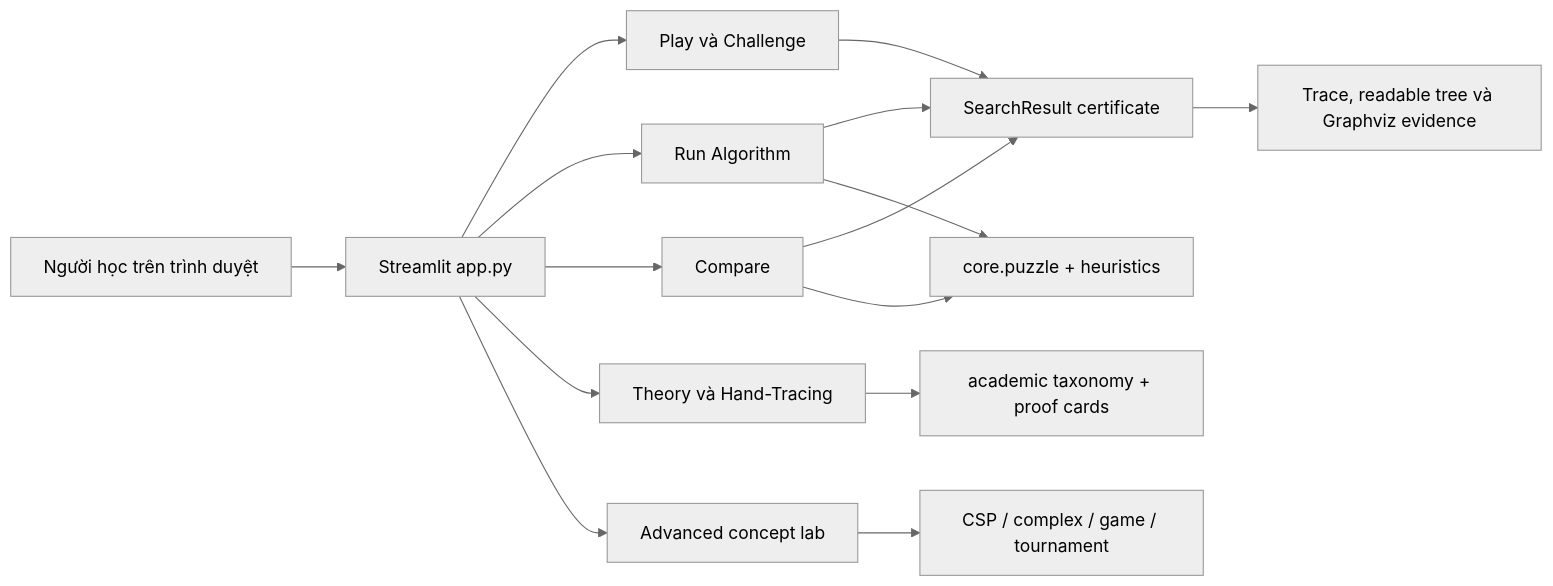
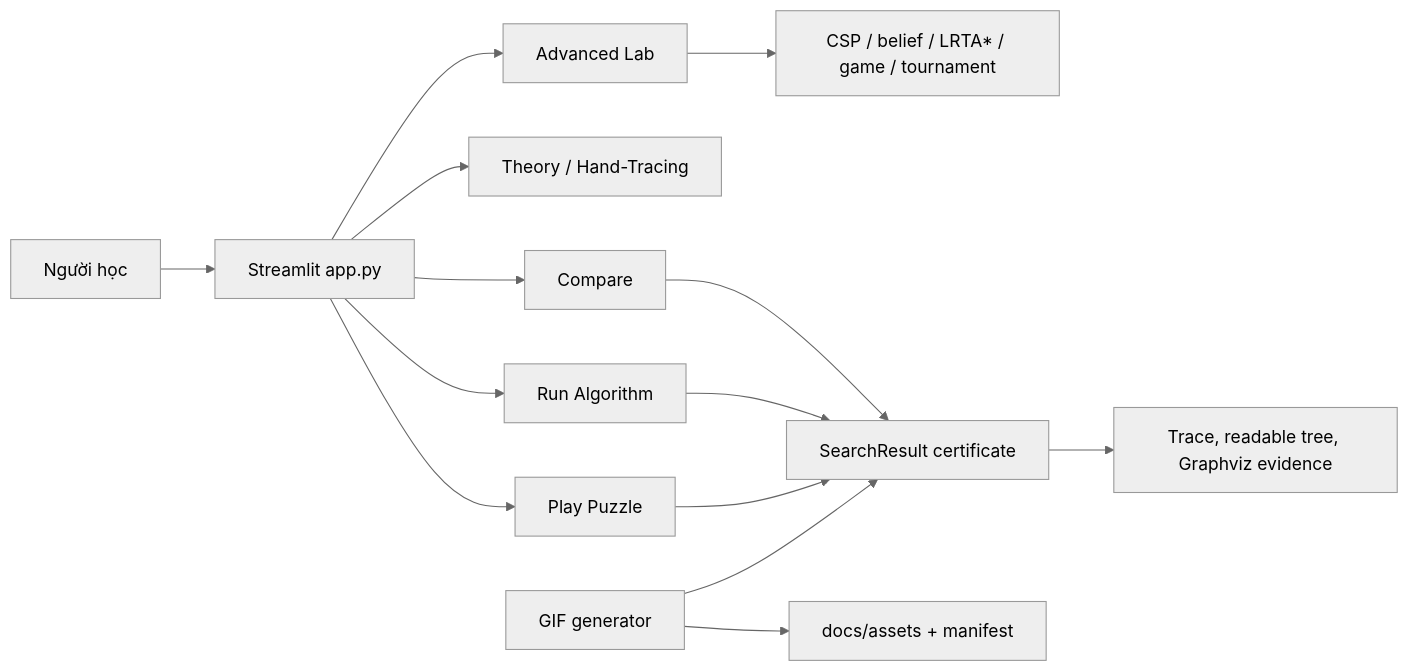
One commit to JasonTM17/AI_Algothrithm_Study_University changed the diagram in docs/system-architecture.md. Above: the diagram before and after it, drawn with Mermaid (neutral theme). The commit also changed other lines of this file and 55 other files, not shown here.

````diff
--- a/docs/system-architecture.md
+++ b/docs/system-architecture.md
@@ -3,17 +3,16 @@
 ```mermaid
 flowchart LR
-    U["Người học trên trình duyệt"] --> S["Streamlit app.py"]
-    S --> P["Play và Challenge"]
+    U["Người học"] --> S["Streamlit app.py"]
+    S --> P["Play Puzzle"]
     S --> R["Run Algorithm"]
     S --> C["Compare"]
-    S --> T["Theory và Hand-Tracing"]
-    S --> A["Advanced concept lab"]
+    S --> T["Theory / Hand-Tracing"]
+    S --> A["Advanced Lab"]
     R --> M["SearchResult certificate"]
     C --> M
     P --> M
-    M --> G["Trace, readable tree và Graphviz evidence"]
-    R --> D["core.puzzle + heuristics"]
-    C --> D
-    A --> X["CSP / complex / game / tournament"]
-    T --> K["academic taxonomy + proof cards"]
+    M --> V["Trace, readable tree, Graphviz evidence"]
+    A --> X["CSP / belief / LRTA* / game / tournament"]
+    G["GIF generator"] --> D["docs/assets + manifest"]
+    G --> M
 ```
````
